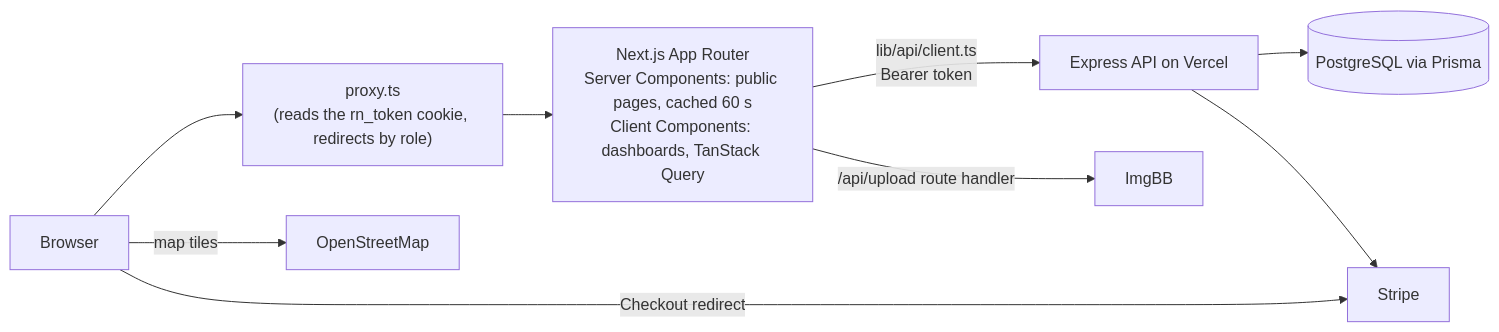
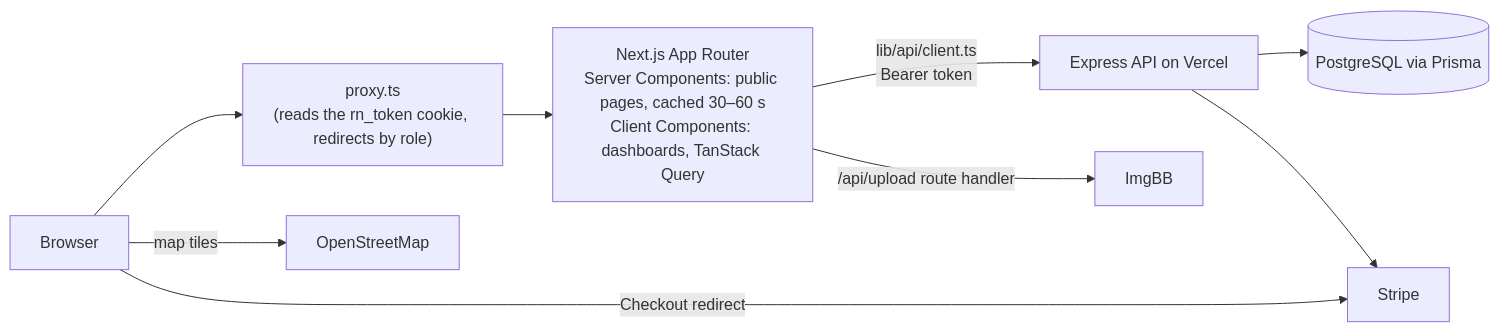
One commit to Zarif207/RentNest changed the first of 5 diagrams in README.md. Above: the diagram before and after it, drawn with Mermaid. The commit also changed other lines of this file and 10 other files, not shown here.

````diff
--- a/README.md
+++ b/README.md
@@ -141,11 +151,11 @@
 ```mermaid
 flowchart LR
   B[Browser] --> P["proxy.ts<br/>(reads the rn_token cookie, redirects by role)"]
-  P --> N["Next.js App Router<br/>Server Components: public pages, cached 60 s<br/>Client Components: dashboards, TanStack Query"]
+  P --> N["Next.js App Router<br/>Server Components: public pages, cached 30–60 s<br/>Client Components: dashboards, TanStack Query"]
   N -->|"lib/api/client.ts<br/>Bearer token"| A["Express API on Vercel"]
   N -->|"/api/upload route handler"| I[ImgBB]
   A --> D[(PostgreSQL via Prisma)]
   A --> S[Stripe]
   B -->|Checkout redirect| S
   B -->|map tiles| O[OpenStreetMap]
 ```
````
